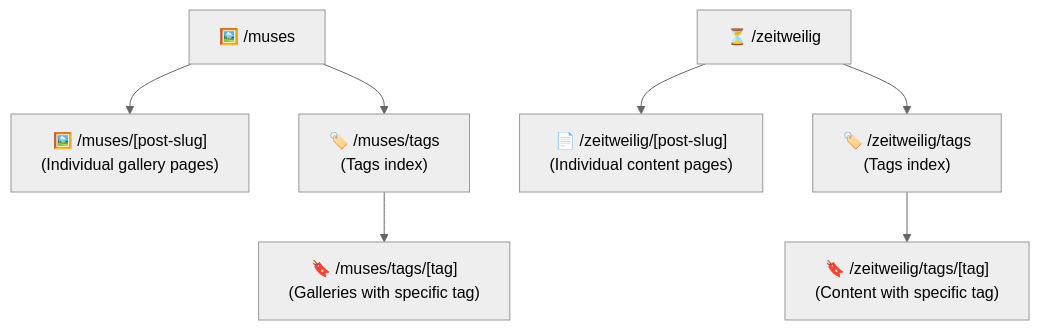
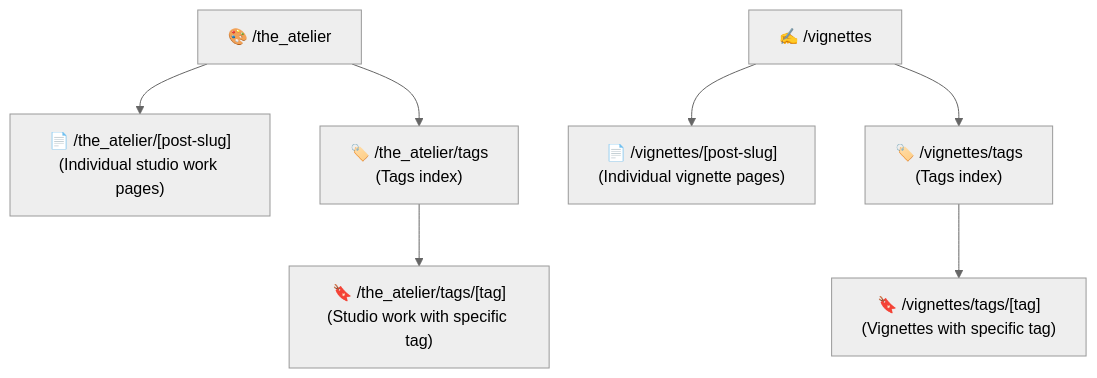
One commit to ZhunHao/my-website changed the ninth of 9 diagrams in README.md. Above: the diagram before and after it, drawn with Mermaid (neutral theme). The commit also changed other lines of this file, not shown here.

Commit message:
feat: Update README to reflect new content structure and categories for photography portfolio

````diff
--- a/README.md
+++ b/README.md
@@ -371,10 +368,10 @@
 ```mermaid
 graph TD
-    G["🖼️ /muses"] --> O["🖼️ /muses/[post-slug]<br>(Individual gallery pages)"]
-    G --> P["🏷️ /muses/tags<br>(Tags index)"]
-    P --> Q["🔖 /muses/tags/[tag]<br>(Galleries with specific tag)"]
+    G["🎨 /the_atelier"] --> O["📄 /the_atelier/[post-slug]<br>(Individual studio work pages)"]
+    G --> P["🏷️ /the_atelier/tags<br>(Tags index)"]
+    P --> Q["🔖 /the_atelier/tags/[tag]<br>(Studio work with specific tag)"]
 
-    H["⏳ /zeitweilig"] --> R["📄 /zeitweilig/[post-slug]<br>(Individual content pages)"]
-    H --> S["🏷️ /zeitweilig/tags<br>(Tags index)"]
-    S --> T["🔖 /zeitweilig/tags/[tag]<br>(Content with specific tag)"]
+    H["✍️ /vignettes"] --> R["📄 /vignettes/[post-slug]<br>(Individual vignette pages)"]
+    H --> S["🏷️ /vignettes/tags<br>(Tags index)"]
+    S --> T["🔖 /vignettes/tags/[tag]<br>(Vignettes with specific tag)"]
 ```
````
